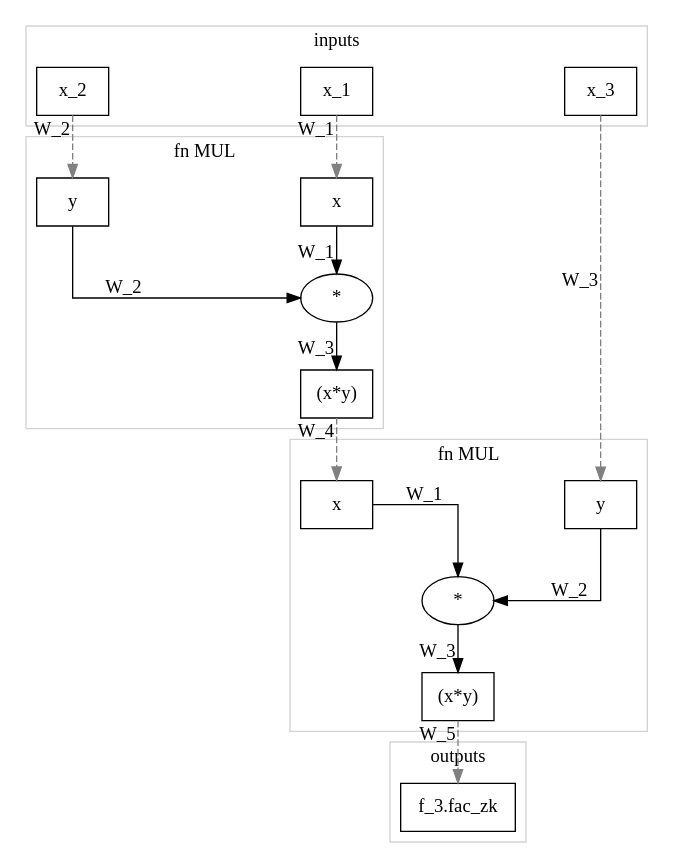
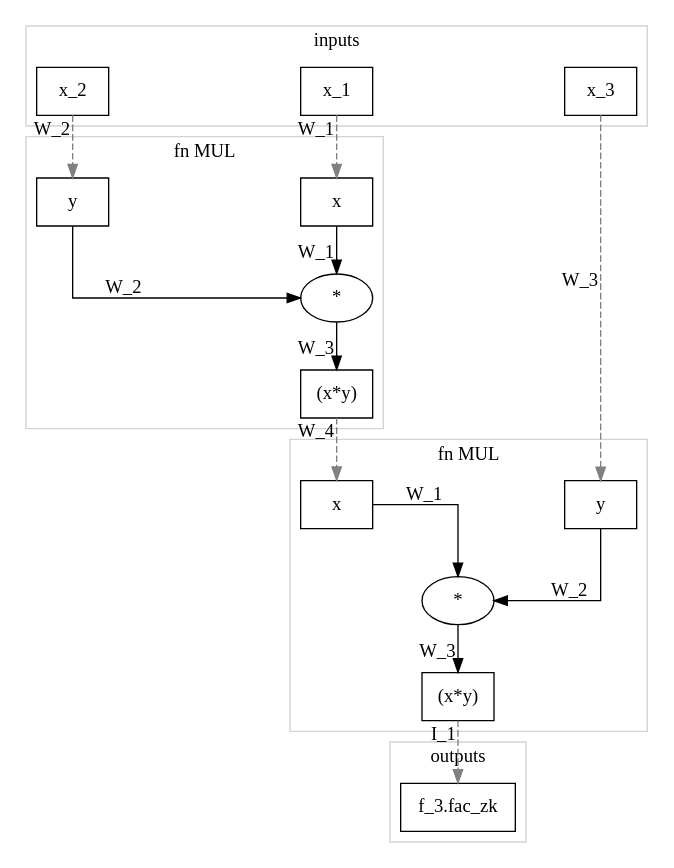
One commit to LeastAuthority/moonmath-manual changed the diagram in PAPER3FUC.dot. Above: the diagram before and after it, drawn with Graphviz. The commit also changed 54 other files, not shown here.

```diff
--- a/PAPER3FUC.dot
+++ b/PAPER3FUC.dot
@@ -1,69 +1,69 @@
 digraph PAPER3FUC {
 	graph [forcelabels=true,
 		nodesep=2.0,
 		splines=ortho
 	];
+	subgraph cluster_output {
+		graph [color=lightgray,
+			label=outputs
+		];
+		nout1	[label="f_3.fac_zk",
+			shape=box];
+	}
 	subgraph cluster_input {
 		graph [color=lightgray,
 			label=inputs
 		];
 		nin1	[label=x_1,
 			shape=box];
 		nin2	[label=x_2,
 			shape=box];
 		nin3	[label=x_3,
 			shape=box];
+	}
+	subgraph cluster_mul2 {
+		graph [color=lightgray,
+			label="fn MUL"
+		];
+		nmul21	[label=x,
+			shape=box];
+		nmul23	[label="*"];
+		nmul21 -> nmul23	[xlabel=W_1];
+		nmul22	[label=y,
+			shape=box];
+		nmul22 -> nmul23	[xlabel=W_2];
+		nmul24	[label="(x*y)",
+			shape=box];
+		nmul23 -> nmul24	[xlabel=W_3];
 	}
 	subgraph cluster_mul1 {
 		graph [color=lightgray,
 			label="fn MUL"
 		];
 		nmul11	[label=x,
 			shape=box];
 		nmul13	[label="*"];
 		nmul11 -> nmul13	[xlabel=W_1];
 		nmul12	[label=y,
 			shape=box];
 		nmul12 -> nmul13	[xlabel=W_2];
 		nmul14	[label="(x*y)",
 			shape=box];
 		nmul13 -> nmul14	[xlabel=W_3];
 	}
-	subgraph cluster_mul2 {
-		graph [color=lightgray,
-			label="fn MUL"
-		];
-		nmul21	[label=x,
-			shape=box];
-		nmul23	[label="*"];
-		nmul21 -> nmul23	[xlabel=W_1];
-		nmul22	[label=y,
-			shape=box];
-		nmul22 -> nmul23	[xlabel=W_2];
-		nmul24	[label="(x*y)",
-			shape=box];
-		nmul23 -> nmul24	[xlabel=W_3];
-	}
-	subgraph cluster_output {
-		graph [color=lightgray,
-			label=outputs
-		];
-		nout1	[label="f_3.fac_zk",
-			shape=box];
-	}
 	nin1 -> nmul11	[color=grey,
 		style=dashed,
 		xlabel=W_1];
 	nin2 -> nmul12	[color=grey,
 		style=dashed,
 		xlabel=W_2];
 	nin3 -> nmul22	[color=grey,
 		style=dashed,
 		xlabel=W_3];
 	nmul14 -> nmul21	[color=grey,
 		style=dashed,
 		xlabel=W_4];
 	nmul24 -> nout1	[color=grey,
 		style=dashed,
-		xlabel=W_5];
+		xlabel=I_1];
 }
```
